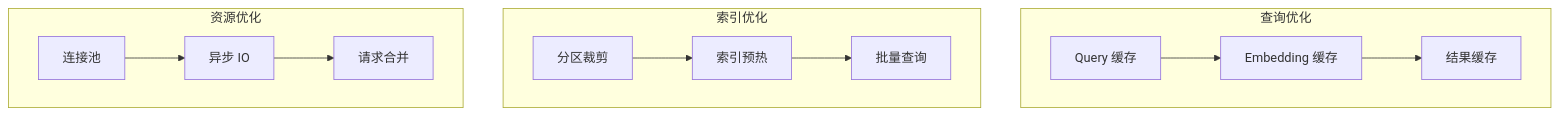
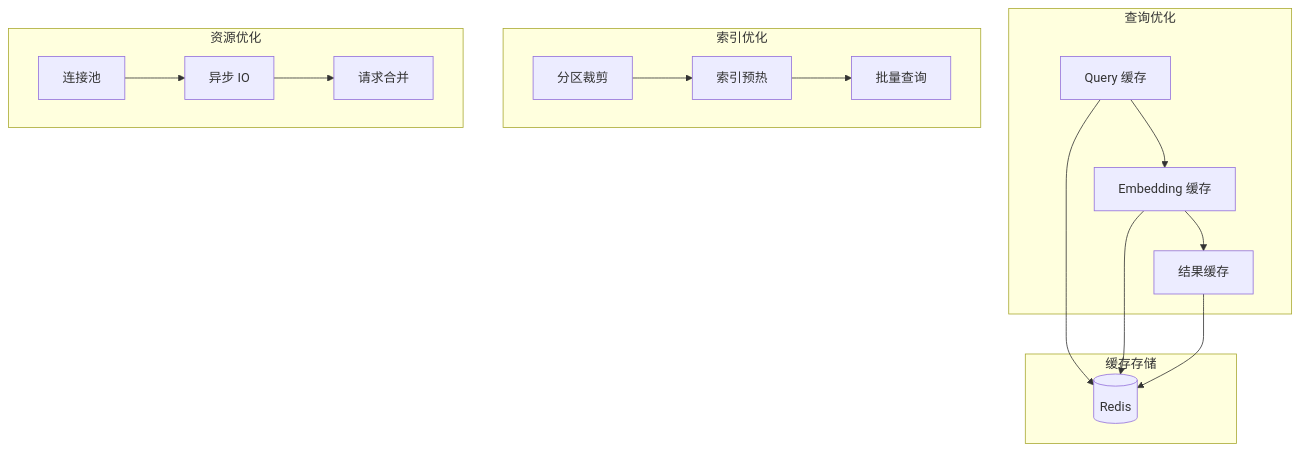
Before and after one commit to hanwei808/ai-product-production-guide: diagram 17 of 25 in 开发计划/服务设计/04-rag-service-design.md, drawn with Mermaid. The commit also changed other lines of this file and 3 other files, not shown here.

````diff
--- a/开发计划/服务设计/04-rag-service-design.md
+++ b/开发计划/服务设计/04-rag-service-design.md
@@ -660,29 +660,36 @@
 ```mermaid
 graph TD
     subgraph 查询优化
         QueryCache[Query 缓存]
         EmbeddingCache[Embedding 缓存]
         ResultCache[结果缓存]
+    end
+
+    subgraph 缓存存储
+        Redis[(Redis)]
     end
 
     subgraph 索引优化
         PartitionPruning[分区裁剪]
         IndexWarmup[索引预热]
         BatchQuery[批量查询]
     end
 
     subgraph 资源优化
         ConnectionPool[连接池]
         AsyncIO[异步 IO]
         Batching[请求合并]
     end
 
     QueryCache --> EmbeddingCache
     EmbeddingCache --> ResultCache
+    QueryCache --> Redis
+    EmbeddingCache --> Redis
+    ResultCache --> Redis
 
     PartitionPruning --> IndexWarmup
     IndexWarmup --> BatchQuery
 
     ConnectionPool --> AsyncIO
     AsyncIO --> Batching
 ```
````
